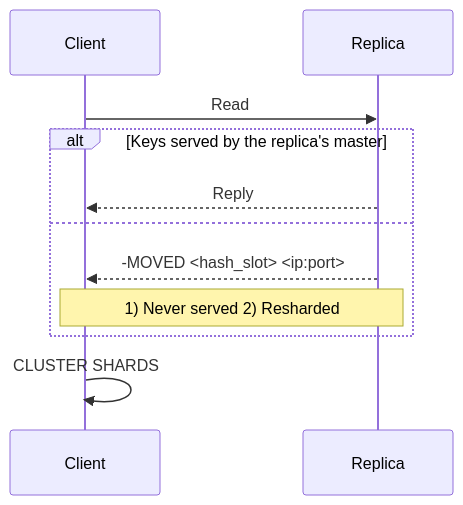
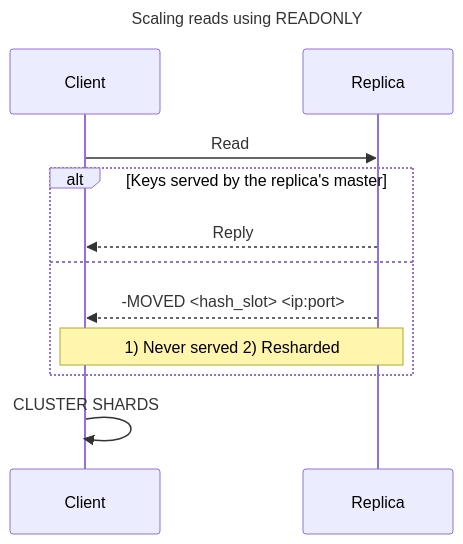
One commit to qinghaoh/qinghaoh.github.io changed the fifth of 8 diagrams in _posts/2022-08-29-system-design.markdown. Above: the diagram before and after it, drawn with Mermaid. The commit also changed other lines of this file and 5 other files, not shown here.

````diff
--- a/_posts/2022-08-29-system-design.markdown
+++ b/_posts/2022-08-29-system-design.markdown
@@ -110,11 +150,14 @@
 ```mermaid
+---
+title: Scaling reads using READONLY
+---
 sequenceDiagram
     Client->>Replica: Read
     alt Keys served by the replica's master
         Replica-->>Client: Reply
     else
         Replica-->>Client: -MOVED <hash_slot> <ip:port>
         Note over Client, Replica: 1) Never served 2) Resharded
     end
     Client->>Client: CLUSTER SHARDS
 ```
````
